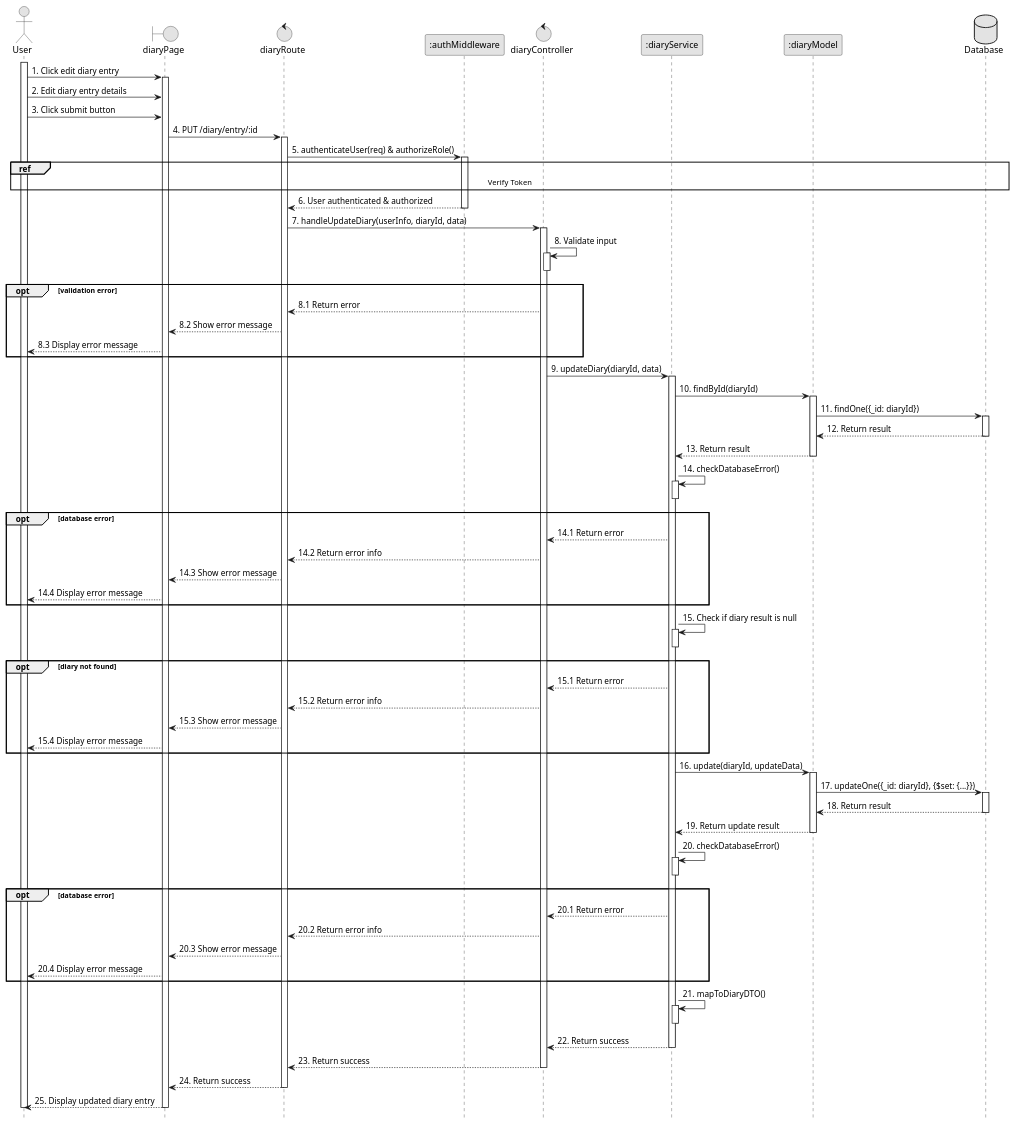
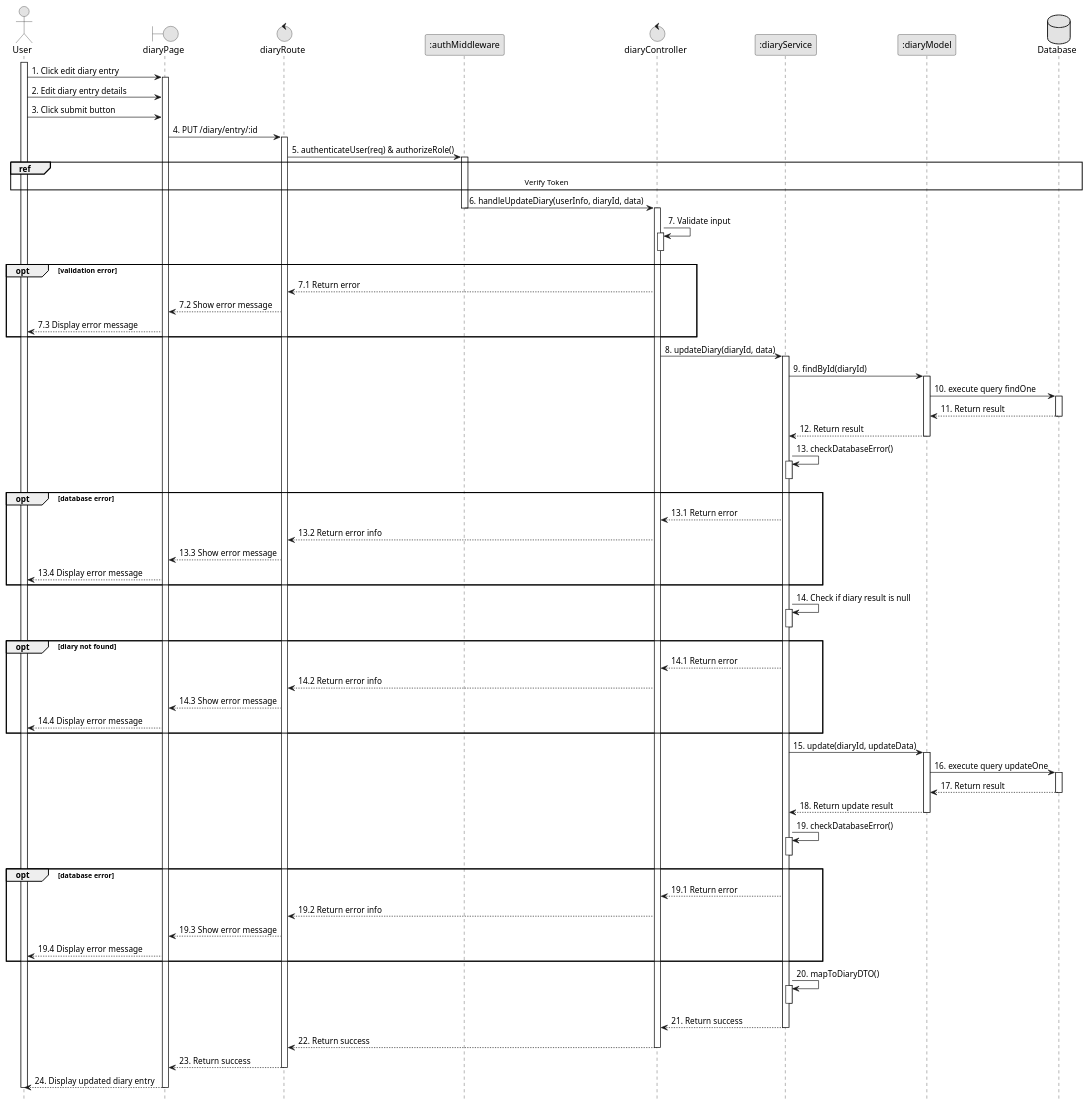
One commit to VietDurian/VietDurian changed the diagram in planuml/web/10.3_updateDiary.puml. Above: the diagram before and after it, drawn with PlantUML. The commit also changed 22 other files, not shown here.

Commit message:
ViVLT: Edit sequences

```diff
--- a/planuml/web/10.3_updateDiary.puml
+++ b/planuml/web/10.3_updateDiary.puml
@@ -1,97 +1,96 @@
 @startuml 10.3_updateDiary
 skinparam monochrome true
 skinparam shadowing false
 skinparam sequenceArrowThickness 1
 hide footbox
 
 actor User
 boundary diaryPage as UI
 control diaryRoute as Route
 participant ":authMiddleware" as Middleware
 control diaryController as Controller
 participant ":diaryService" as Service
 participant ":diaryModel" as Model
 database Database as DB
 
 activate User
 User -> UI : 1. Click edit diary entry
 activate UI
 User -> UI : 2. Edit diary entry details
 User -> UI : 3. Click submit button
 UI -> Route : 4. PUT /diary/entry/:id 
 activate Route
 Route -> Middleware : 5. authenticateUser(req) & authorizeRole()
 activate Middleware
 ref over User, DB: Verify Token 
-Middleware --> Route : 6. User authenticated & authorized
+Middleware -> Controller : 6. handleUpdateDiary(userInfo, diaryId, data)
 deactivate Middleware
-Route -> Controller : 7. handleUpdateDiary(userInfo, diaryId, data)
 activate Controller
-Controller -> Controller : 8. Validate input
+Controller -> Controller : 7. Validate input
 activate Controller
 deactivate Controller
 opt validation error
-    Controller --> Route : 8.1 Return error
-    Route --> UI : 8.2 Show error message
-    UI --> User : 8.3 Display error message
+    Controller --> Route : 7.1 Return error
+    Route --> UI : 7.2 Show error message
+    UI --> User : 7.3 Display error message
 end
-Controller -> Service : 9. updateDiary(diaryId, data)
+Controller -> Service : 8. updateDiary(diaryId, data)
 activate Service
-Service -> Model : 10. findById(diaryId)
+Service -> Model : 9. findById(diaryId)
 activate Model
-Model -> DB : 11. findOne({_id: diaryId})
+Model -> DB : 10. execute query findOne
 activate DB
-DB --> Model : 12. Return result 
+DB --> Model : 11. Return result 
 deactivate DB
-Model --> Service : 13. Return result
+Model --> Service : 12. Return result
 deactivate Model
-Service -> Service : 14. checkDatabaseError()
+Service -> Service : 13. checkDatabaseError()
 activate Service
 deactivate Service
 opt database error
+    Service --> Controller : 13.1 Return error
+    Controller --> Route : 13.2 Return error info
+    Route --> UI : 13.3 Show error message
+    UI --> User : 13.4 Display error message
+end
+Service -> Service : 14. Check if diary result is null
+activate Service
+deactivate Service
+opt diary not found
     Service --> Controller : 14.1 Return error
     Controller --> Route : 14.2 Return error info
     Route --> UI : 14.3 Show error message
     UI --> User : 14.4 Display error message
 end
-Service -> Service : 15. Check if diary result is null
-activate Service
-deactivate Service
-opt diary not found
-    Service --> Controller : 15.1 Return error
-    Controller --> Route : 15.2 Return error info
-    Route --> UI : 15.3 Show error message
-    UI --> User : 15.4 Display error message
-end
-Service -> Model : 16. update(diaryId, updateData)
+Service -> Model : 15. update(diaryId, updateData)
 activate Model
-Model -> DB : 17. updateOne({_id: diaryId}, {$set: {...}})
+Model -> DB : 16. execute query updateOne
 activate DB
-DB --> Model : 18. Return result
+DB --> Model : 17. Return result
 deactivate DB
-Model --> Service : 19. Return update result
+Model --> Service : 18. Return update result
 deactivate Model
-Service -> Service : 20. checkDatabaseError()
+Service -> Service : 19. checkDatabaseError()
 activate Service
 deactivate Service
 opt database error
-    Service --> Controller : 20.1 Return error
-    Controller --> Route : 20.2 Return error info
-    Route --> UI : 20.3 Show error message
-    UI --> User : 20.4 Display error message
+    Service --> Controller : 19.1 Return error
+    Controller --> Route : 19.2 Return error info
+    Route --> UI : 19.3 Show error message
+    UI --> User : 19.4 Display error message
 end
-Service -> Service : 21. mapToDiaryDTO()
+Service -> Service : 20. mapToDiaryDTO()
 activate Service
 deactivate Service
-Service --> Controller : 22. Return success
+Service --> Controller : 21. Return success
 deactivate Service
-Controller --> Route : 23. Return success
+Controller --> Route : 22. Return success
 deactivate Controller
-Route --> UI : 24. Return success
+Route --> UI : 23. Return success
 deactivate Route
 
-UI --> User : 25. Display updated diary entry
+UI --> User : 24. Display updated diary entry
 deactivate UI
 deactivate User
 
 @enduml
```
